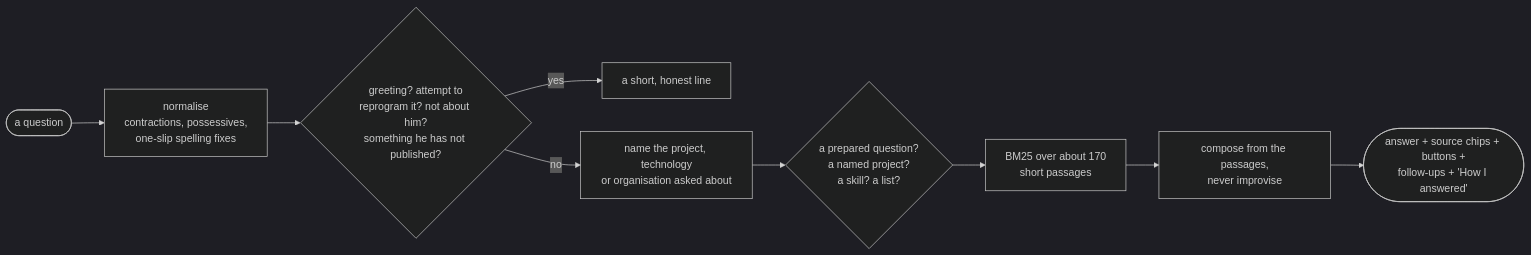
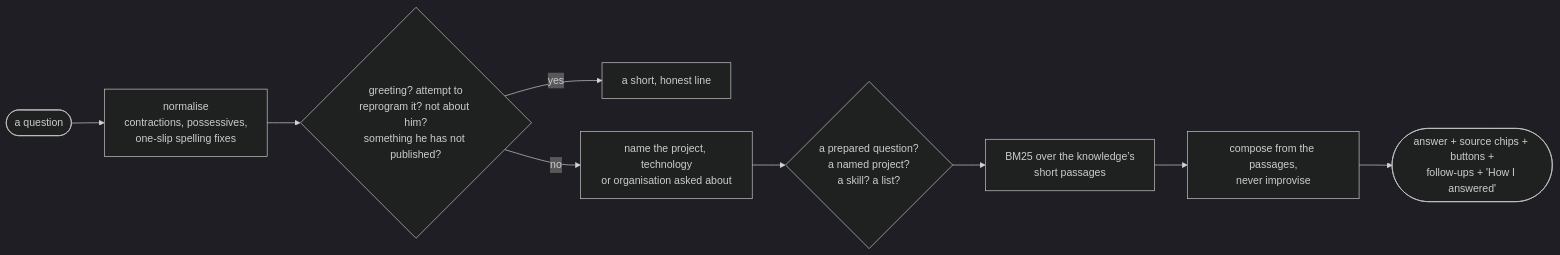
The second of 2 diagrams in README.md (f20230125-sudo/portfolio-os), drawn with Mermaid (dark theme) before and after one commit. The commit also changed other lines of this file and 43 other files, not shown here.

````diff
--- a/README.md
+++ b/README.md
@@ -57,11 +59,11 @@
 ```mermaid
 flowchart LR
   q(["a question"]) --> n["normalise<br/>contractions, possessives,<br/>one-slip spelling fixes"]
   n --> safety{"greeting? attempt to<br/>reprogram it? not about him?<br/>something he has not published?"}
   safety -->|yes| decline["a short, honest line"]
   safety -->|no| ent["name the project, technology<br/>or organisation asked about"]
   ent --> route{"a prepared question?<br/>a named project?<br/>a skill? a list?"}
-  route --> bm["BM25 over about 170<br/>short passages"]
+  route --> bm["BM25 over the knowledge’s<br/>short passages"]
   bm --> compose["compose from the passages,<br/>never improvise"]
   compose --> a(["answer + source chips + buttons +<br/>follow-ups + 'How I answered'"])
 ```
````
